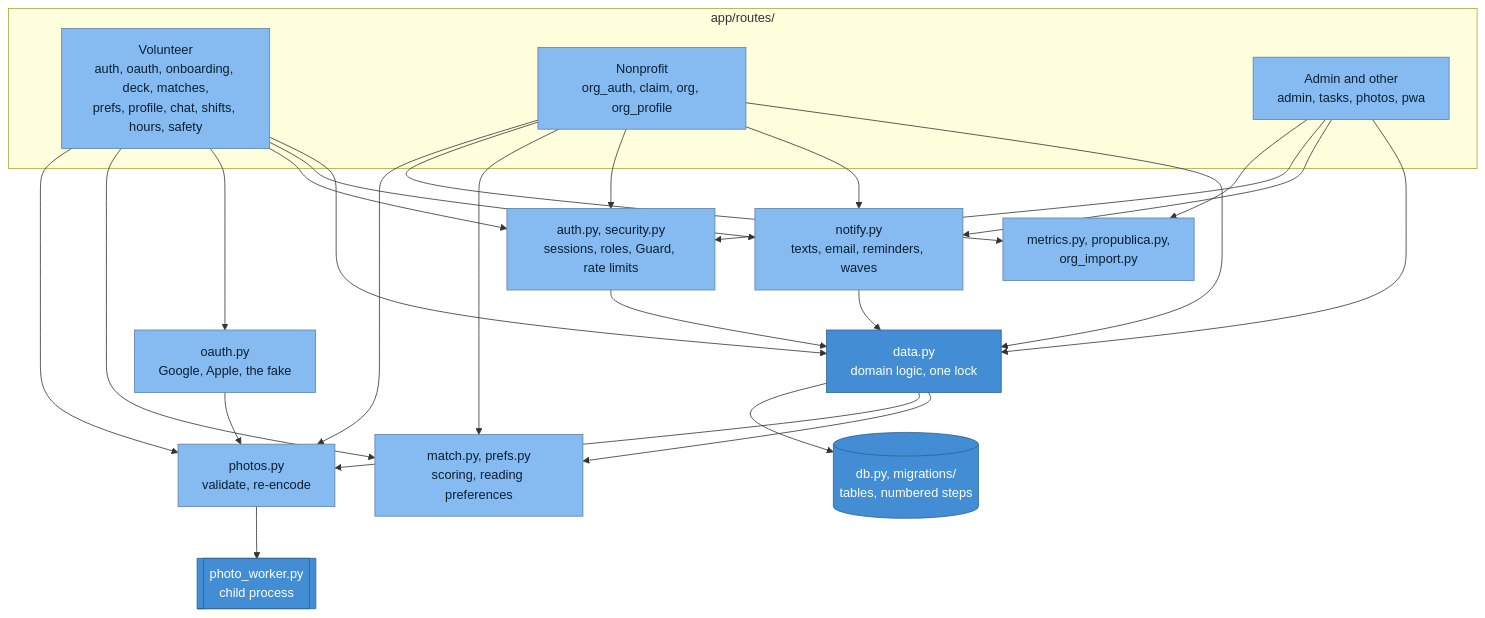
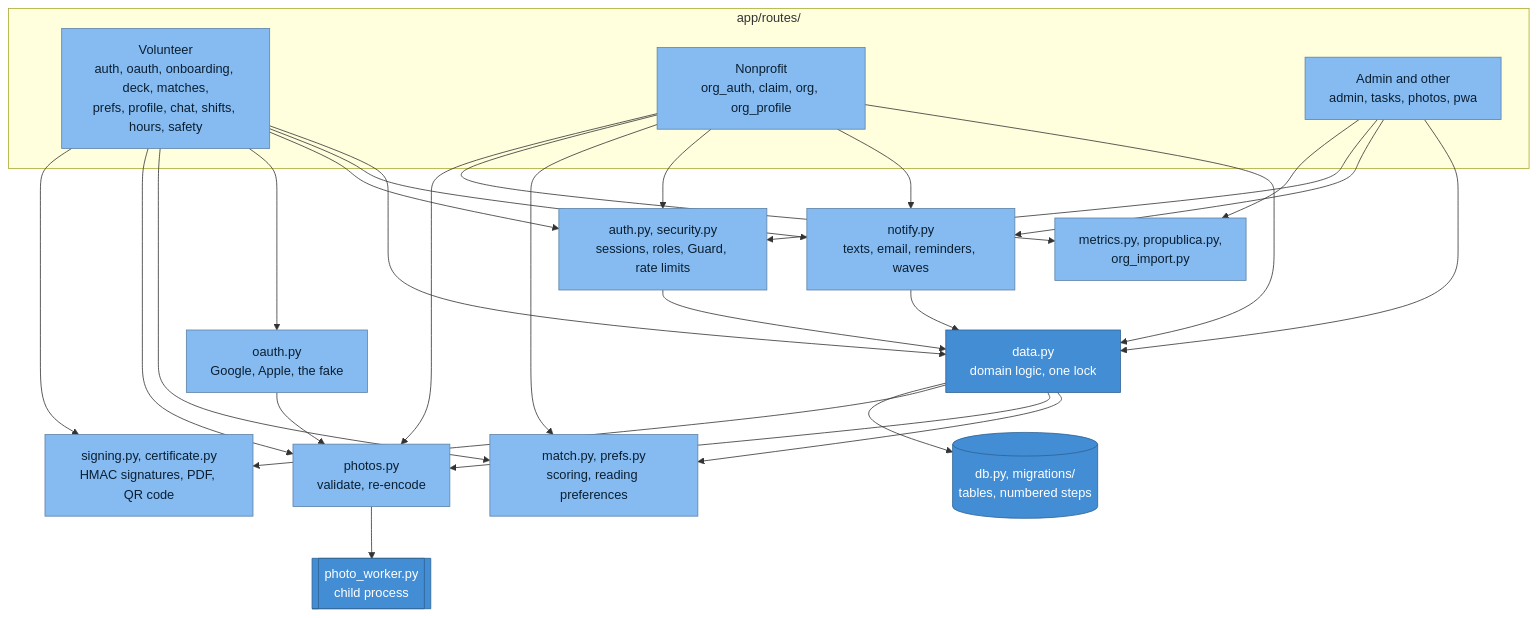
Diagram 12 of 26 in docs/ARCHITECTURE.md (slegroux/causematch), drawn with Mermaid before and after one commit. The commit also changed other lines of this file, not shown here.

First line of the commit message:
Architecture doc: hours certificates, signing and the check link (#19)

````diff
--- a/docs/ARCHITECTURE.md
+++ b/docs/ARCHITECTURE.md
@@ -572,39 +594,42 @@
 ```mermaid
 %%{init: {"flowchart": {"curve": "basis"}, "themeVariables": {"fontFamily": "Helvetica, Arial, sans-serif"}}}%%
 flowchart TD
     subgraph routes["app/routes/"]
         r_vol["Volunteer<br/>auth, oauth, onboarding, deck, matches,<br/>prefs, profile, chat, shifts, hours, safety"]
         r_org["Nonprofit<br/>org_auth, claim, org, org_profile"]
         r_adm["Admin and other<br/>admin, tasks, photos, pwa"]
     end
 
     gate["auth.py, security.py<br/>sessions, roles, Guard, rate limits"]
     oauth["oauth.py<br/>Google, Apple, the fake"]
     notify["notify.py<br/>texts, email, reminders, waves"]
     data["data.py<br/>domain logic, one lock"]
     side["metrics.py, propublica.py,<br/>org_import.py"]
     pure["match.py, prefs.py<br/>scoring, reading preferences"]
     photos["photos.py<br/>validate, re-encode"]
+    cert["signing.py, certificate.py<br/>HMAC signatures, PDF, QR code"]
     worker[["photo_worker.py<br/>child process"]]
     db[("db.py, migrations/<br/>tables, numbered steps")]
 
     r_vol & r_org & r_adm --> data
     r_vol & r_org & r_adm --> notify
     r_vol & r_org & r_adm --> gate
     r_vol --> oauth
     r_vol & r_org --> pure
     r_org & r_adm --> side
     r_vol & r_org --> photos
+    r_vol --> cert
     oauth --> photos
     notify --> data
     gate --> data
     data --> pure
     data --> photos
+    data --> cert
     data --> db
     photos --> worker
 
     classDef step fill:#85bbf0,stroke:#5d82a8,color:#0b1f33
     classDef key fill:#438dd5,stroke:#2e6295,color:#ffffff
-    class r_vol,r_org,r_adm,gate,oauth,notify,side,pure,photos step
+    class r_vol,r_org,r_adm,gate,oauth,notify,side,pure,photos,cert step
     class data,db,worker key
 ```
````
